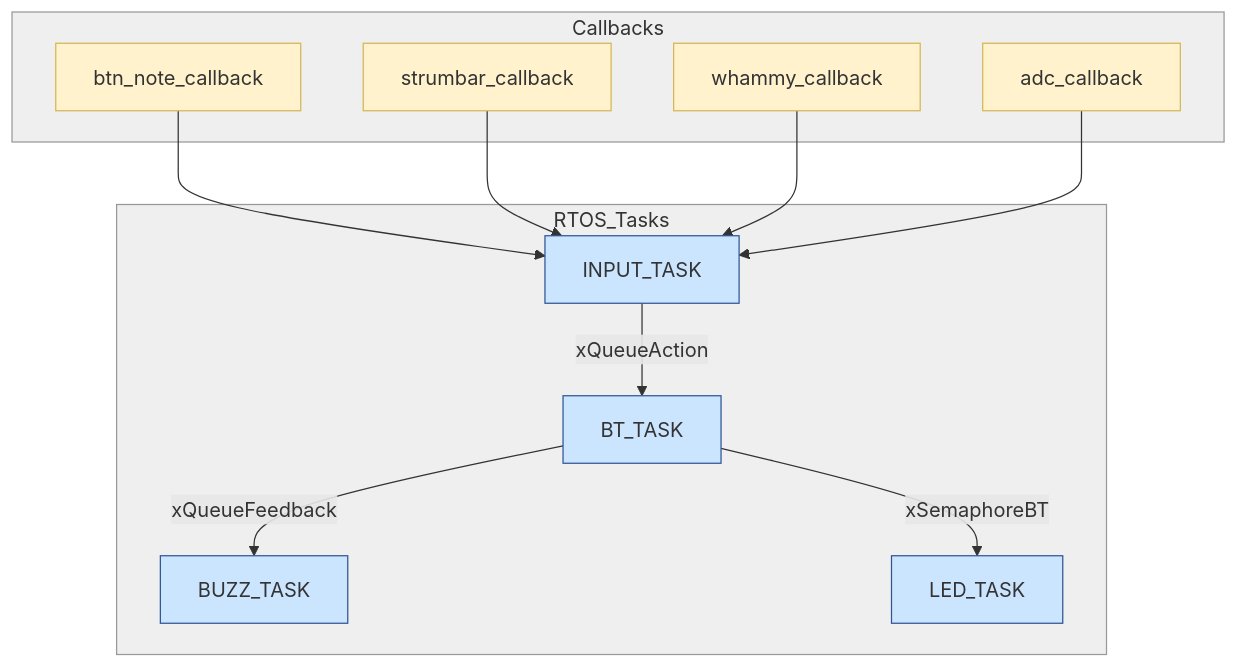
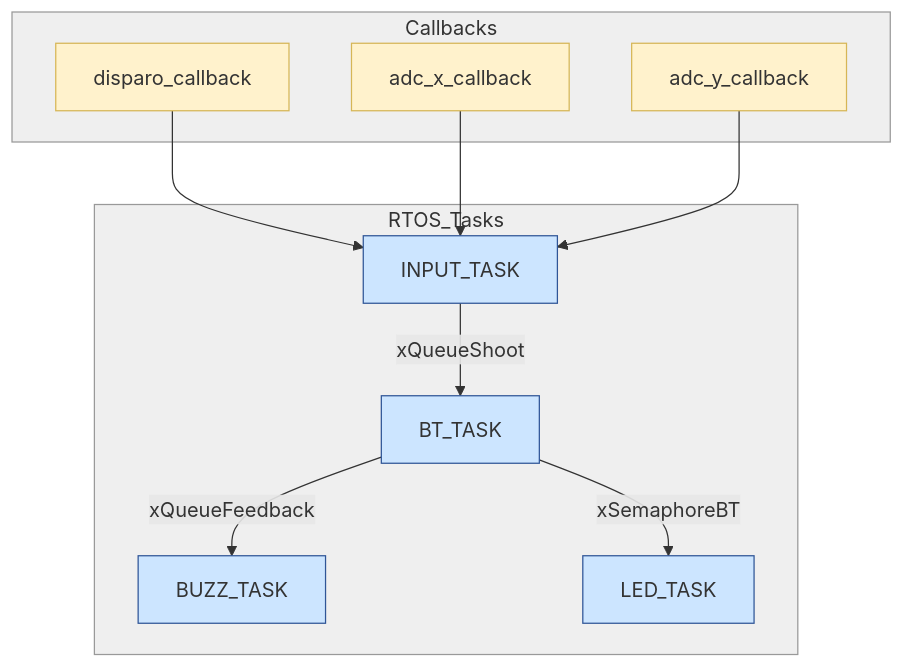
Before and after one commit to insper-classroom/25a-emb-aps-2-m-j-interactive-games: the diagram in README.md, drawn with Mermaid. The commit also changed other lines of this file, not shown here.

````diff
--- a/README.md
+++ b/README.md
@@ -36,29 +43,27 @@
 ```mermaid
 flowchart TB
     subgraph Callbacks
-    A[btn_note_callback]
-    B[strumbar_callback]
-    C[whammy_callback]
-    D[adc_callback]
+    A[disparo_callback]
+    B[adc_x_callback]
+    C[adc_y_callback]
     end
 
     A --> INPUT_TASK
     B --> INPUT_TASK
     C --> INPUT_TASK
-    D --> INPUT_TASK
 
     subgraph RTOS_Tasks
-    INPUT_TASK -->|xQueueAction| BT_TASK
+    INPUT_TASK -->|xQueueShoot| BT_TASK
     BT_TASK -->|xQueueFeedback| BUZZ_TASK
     BT_TASK -->|xSemaphoreBT| LED_TASK
     end
 
     style Callbacks fill:#EFEFEF,stroke:#999,stroke-width:1px
     style RTOS_Tasks fill:#EFEFEF,stroke:#999,stroke-width:1px
 
     classDef task fill:#CCE5FF,stroke:#2F5597,stroke-width:1px
     classDef callback fill:#FFF2CC,stroke:#D6B656,stroke-width:1px
 
-    class A,B,C,D callback
+    class A,B,C callback
     class INPUT_TASK,BT_TASK,BUZZ_TASK,LED_TASK task
 ```
````
